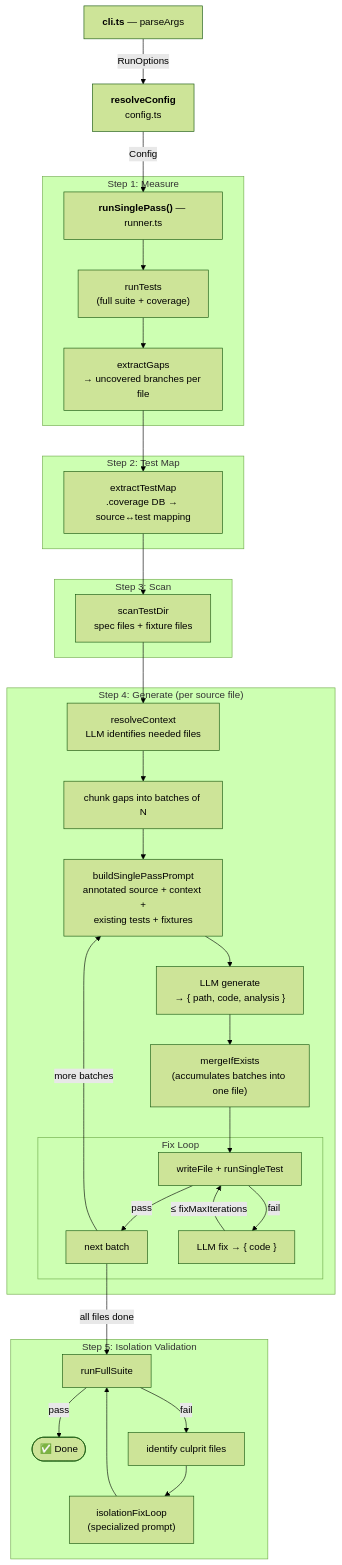
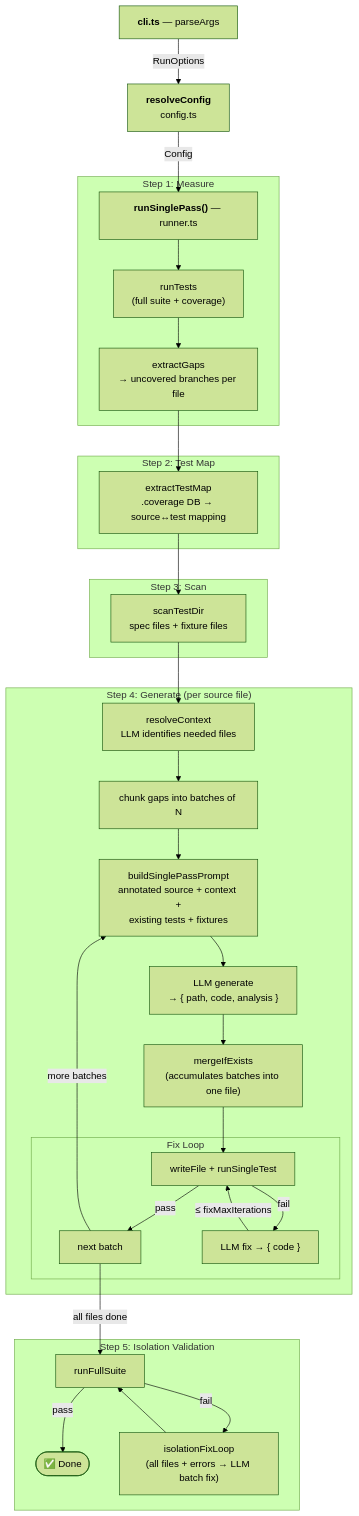
One commit to Azure/azure-sdk-for-js changed the diagram in common/tools/test-gen/README.md. Above: the diagram before and after it, drawn with Mermaid (forest theme). The commit also changed other lines of this file, not shown here.

First line of the commit message:
test-gen: update README for batch isolation loop and missing file

````diff
--- a/common/tools/test-gen/README.md
+++ b/common/tools/test-gen/README.md
@@ -190,43 +190,42 @@
 ```mermaid
 flowchart TD
     CLI["<b>cli.ts</b> — parseArgs"] -- "RunOptions" --> RC["<b>resolveConfig</b><br/>config.ts"]
     RC -- "Config" --> SP["<b>runSinglePass()</b> — runner.ts"]
 
     subgraph MEASURE["Step 1: Measure"]
         SP --> RT["runTests<br/>(full suite + coverage)"]
         RT --> EG["extractGaps<br/>→ uncovered branches per file"]
     end
 
     subgraph MAP["Step 2: Test Map"]
         EG --> TM["extractTestMap<br/>.coverage DB → source↔test mapping"]
     end
 
     subgraph SCAN["Step 3: Scan"]
         TM --> SD["scanTestDir<br/>spec files + fixture files"]
     end
 
     subgraph GEN["Step 4: Generate (per source file)"]
         SD --> RC2["resolveContext<br/>LLM identifies needed files"]
         RC2 --> BATCH["chunk gaps into batches of N"]
         BATCH --> BP["buildSinglePassPrompt<br/>annotated source + context +<br/>existing tests + fixtures"]
         BP --> LLM["LLM generate<br/>→ { path, code, analysis }"]
         LLM --> MRG["mergeIfExists<br/>(accumulates batches into one file)"]
         MRG --> WF
 
         subgraph FIX["Fix Loop"]
             WF["writeFile + runSingleTest"] -- "pass" --> NEXT
             WF -- "fail" --> FIXLLM["LLM fix → { code }"]
             FIXLLM -- "≤ fixMaxIterations" --> WF
         end
 
         NEXT["next batch"] -- "more batches" --> BP
     end
 
     subgraph VALIDATE["Step 5: Isolation Validation"]
         NEXT -- "all files done" --> FULL["runFullSuite"]
         FULL -- "pass" --> DONE(["✅ Done"])
-        FULL -- "fail" --> CULPRIT["identify culprit files"]
-        CULPRIT --> IFIX["isolationFixLoop<br/>(specialized prompt)"]
+        FULL -- "fail" --> IFIX["isolationFixLoop<br/>(all files + errors → LLM batch fix)"]
         IFIX --> FULL
     end
 ```
````
